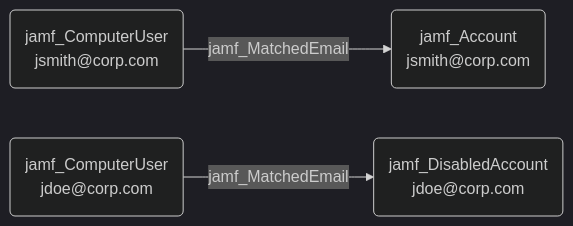
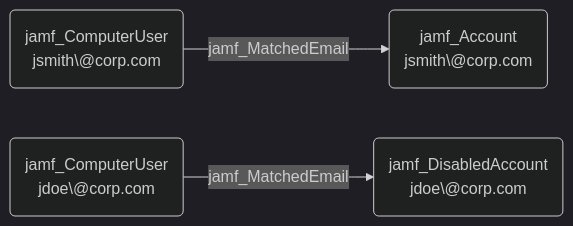
Before and after one commit to SpecterOps/bloodhound-docs: the diagram in docs/opengraph/extensions/jamfhound/reference/edges/jamf_matchedemail.mdx, drawn with Mermaid (dark theme). The commit also changed 4 other files, not shown here.

Commit message:
Update JAMFHound_Internal repo to JamfHound external in reference links, and escape '@' in mermaid diagrams

````diff
--- a/docs/opengraph/extensions/jamfhound/reference/edges/jamf_matchedemail.mdx
+++ b/docs/opengraph/extensions/jamfhound/reference/edges/jamf_matchedemail.mdx
@@ -18,13 +18,13 @@
 ```mermaid
 graph LR
     A("jamf_ComputerUser
-jsmith@corp.com")
+jsmith\@corp.com")
     B("jamf_Account
-jsmith@corp.com")
+jsmith\@corp.com")
     C("jamf_ComputerUser
-jdoe@corp.com")
+jdoe\@corp.com")
     D("jamf_DisabledAccount
-jdoe@corp.com")
+jdoe\@corp.com")
     A -- jamf_MatchedEmail --> B
     C -- jamf_MatchedEmail --> D
 ```
````
